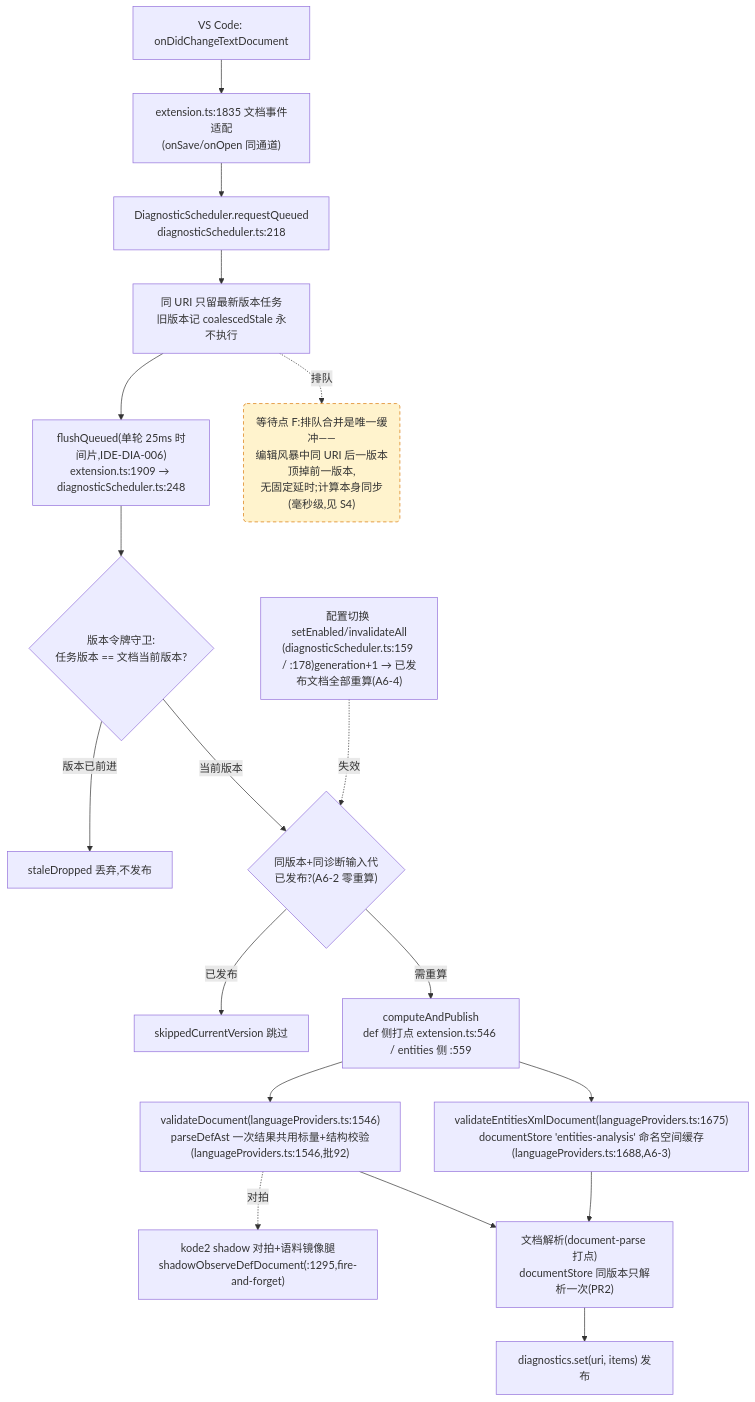
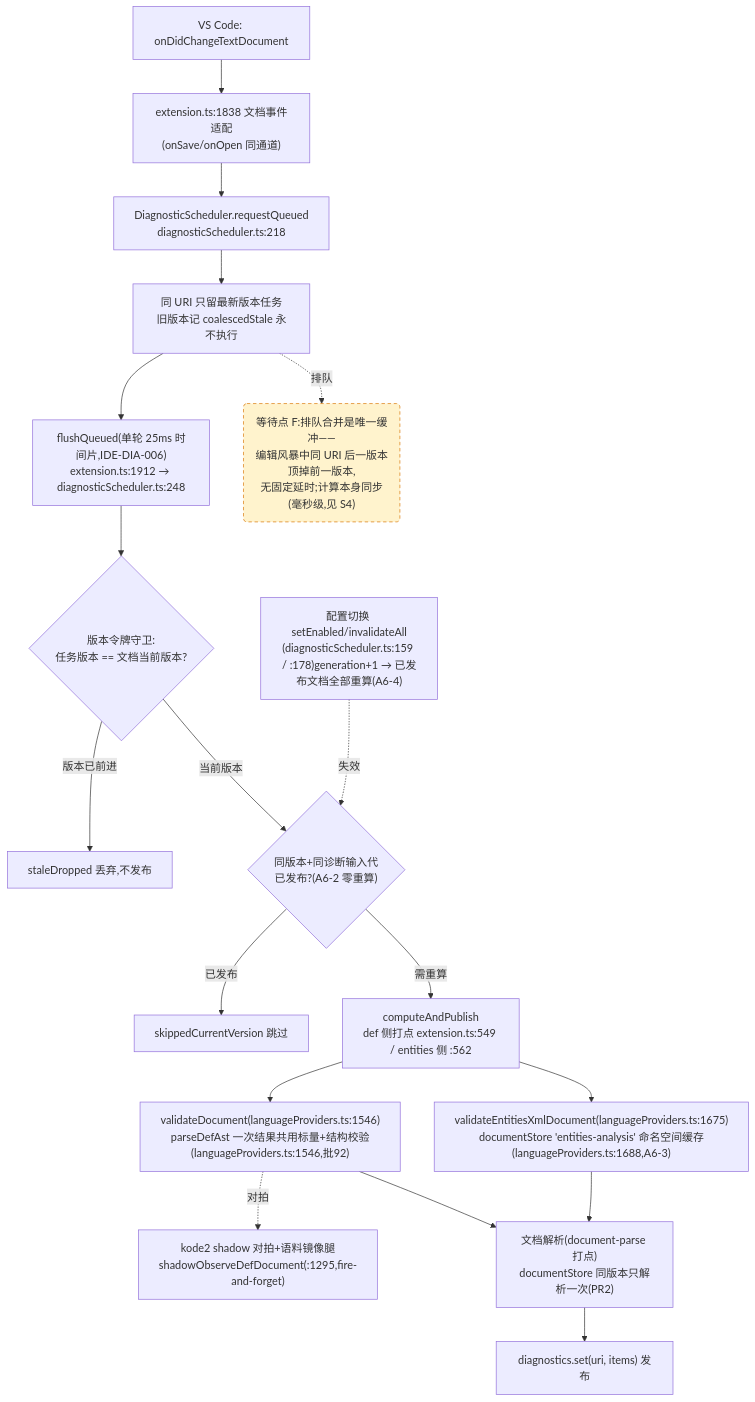
The fourth of 4 diagrams in docs/perf/2026-baseline.md (cuihairu/kode), drawn with Mermaid before and after one commit. The commit also changed other lines of this file and 17 other files, not shown here.

Commit message:
feat: complete debugpy port mode flow with launch.json integration

````diff
--- a/docs/perf/2026-baseline.md
+++ b/docs/perf/2026-baseline.md
@@ -214,38 +214,38 @@
 ```mermaid
 flowchart TD
   CHG["VS Code: onDidChangeTextDocument"]
-  WATCH["extension.ts:1835 文档事件适配<br/>(onSave/onOpen 同通道)"]
+  WATCH["extension.ts:1838 文档事件适配<br/>(onSave/onOpen 同通道)"]
   RQ["DiagnosticScheduler.requestQueued<br/>diagnosticScheduler.ts:218"]
   CO["同 URI 只留最新版本任务<br/>旧版本记 coalescedStale 永不执行"]
-  FL["flushQueued(单轮 25ms 时间片,IDE-DIA-006)<br/>extension.ts:1909 → diagnosticScheduler.ts:248"]
+  FL["flushQueued(单轮 25ms 时间片,IDE-DIA-006)<br/>extension.ts:1912 → diagnosticScheduler.ts:248"]
   VG{"版本令牌守卫:<br/>任务版本 == 文档当前版本?"}
   DROP["staleDropped 丢弃,不发布"]
   GEN{"同版本+同诊断输入代<br/>已发布?(A6-2 零重算)"}
   SKIP["skippedCurrentVersion 跳过"]
-  CALC["computeAndPublish<br/>def 侧打点 extension.ts:546 / entities 侧 :559"]
+  CALC["computeAndPublish<br/>def 侧打点 extension.ts:549 / entities 侧 :562"]
   VD["validateDocument(languageProviders.ts:1546)<br/>parseDefAst 一次结果共用标量+结构校验(languageProviders.ts:1546,批92)"]
   VEX["validateEntitiesXmlDocument(languageProviders.ts:1675)<br/>documentStore 'entities-analysis' 命名空间缓存(languageProviders.ts:1688,A6-3)"]
   SHDD["kode2 shadow 对拍+语料镜像腿<br/>shadowObserveDefDocument(:1295,fire-and-forget)"]
   DS["文档解析(document-parse 打点)<br/>documentStore 同版本只解析一次(PR2)"]
   PUB["diagnostics.set(uri, items) 发布"]
   CFG2["配置切换 setEnabled/invalidateAll<br/>(diagnosticScheduler.ts:159 / :178)generation+1 → 已发布文档全部重算(A6-4)"]
 
   CHG --> WATCH --> RQ --> CO --> FL --> VG
   VG -- "版本已前进" --> DROP
   VG -- "当前版本" --> GEN
   GEN -- "已发布" --> SKIP
   GEN -- "需重算" --> CALC
   CALC --> VD
   CALC --> VEX
   VD --> DS
   VEX --> DS
   DS --> PUB
   VD -.->|对拍| SHDD
   CFG2 -.->|失效| GEN
 
   WAITF("等待点 F:排队合并是唯一缓冲——<br/>编辑风暴中同 URI 后一版本顶掉前一版本,<br/>无固定延时;计算本身同步(毫秒级,见 S4)")
   CO -.->|排队| WAITF
 
   classDef waitPoint fill:#fff3cd,stroke:#d97706,stroke-dasharray:5 4;
   class WAITF waitPoint;
 ```
````
